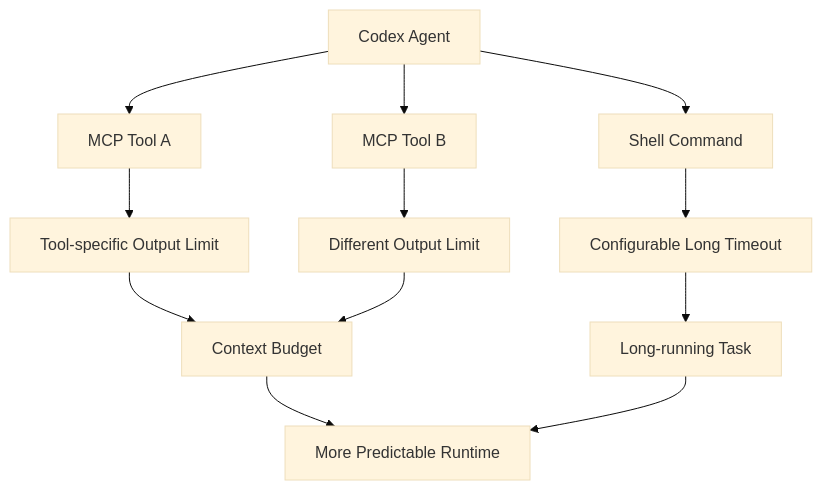
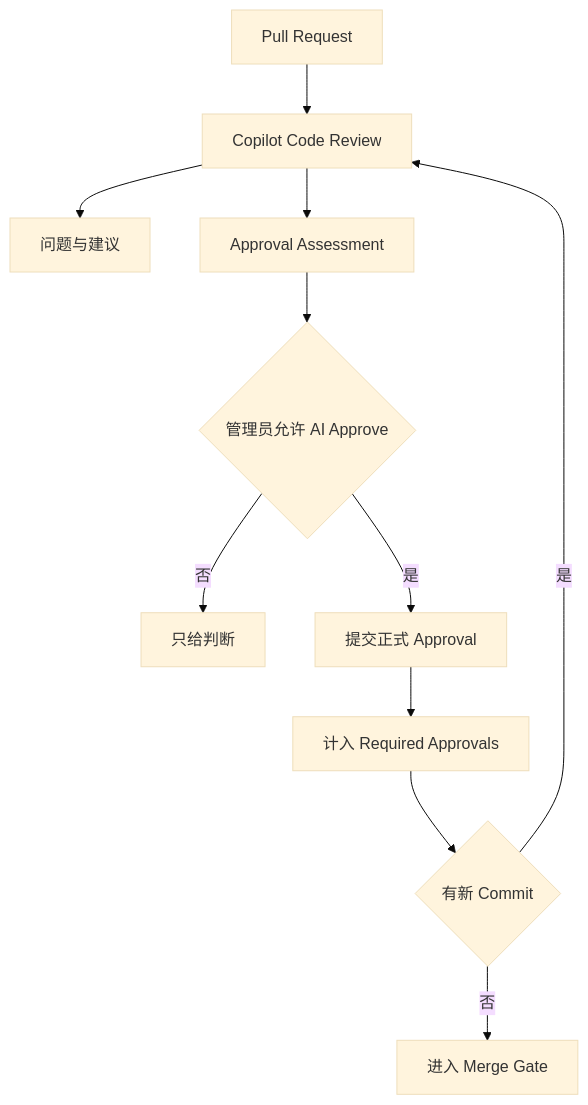
The seventh of 24 diagrams in 260902.md (wlf186/ai-daily-headlines), drawn with Mermaid (base theme) before and after one commit. The commit also changed other lines of this file, not shown here.

````diff
--- a/260902.md
+++ b/260902.md
@@ -327,14 +368,13 @@
 ```mermaid
 flowchart TD
-    CX1[Codex Agent] --> CX2[MCP Tool A]
-    CX1 --> CX3[MCP Tool B]
-    CX1 --> CX4[Shell Command]
-    CX2 --> CX5[Tool-specific Output Limit]
-    CX3 --> CX6[Different Output Limit]
-    CX4 --> CX7[Configurable Long Timeout]
-    CX5 --> CX8[Context Budget]
-    CX6 --> CX8
-    CX7 --> CX9[Long-running Task]
-    CX8 --> CX10[More Predictable Runtime]
-    CX9 --> CX10
+    G1[Pull Request] --> G2[Copilot Code Review]
+    G2 --> G3[问题与建议]
+    G2 --> G4[Approval Assessment]
+    G4 --> G5{管理员允许 AI Approve}
+    G5 -- 否 --> G6[只给判断]
+    G5 -- 是 --> G7[提交正式 Approval]
+    G7 --> G8[计入 Required Approvals]
+    G8 --> G9{有新 Commit}
+    G9 -- 是 --> G2
+    G9 -- 否 --> G10[进入 Merge Gate]
 ```
````
